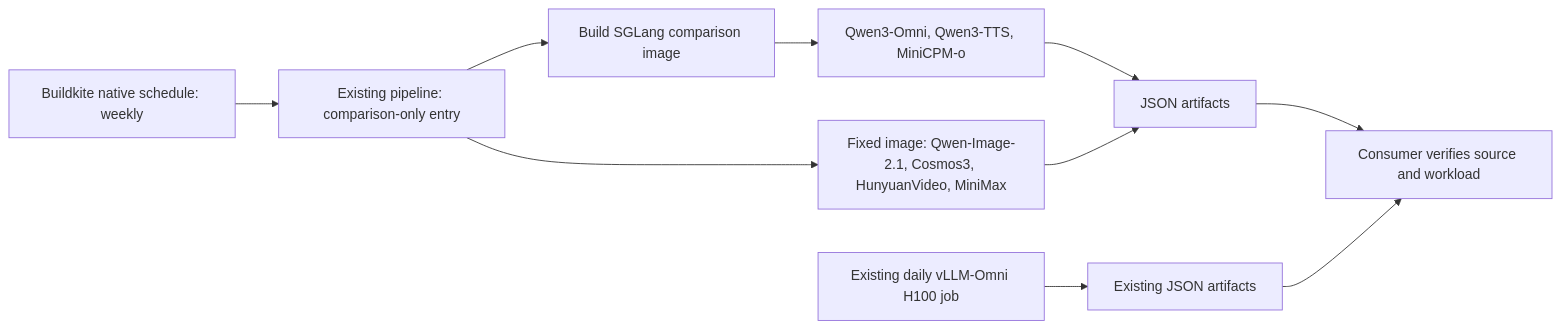
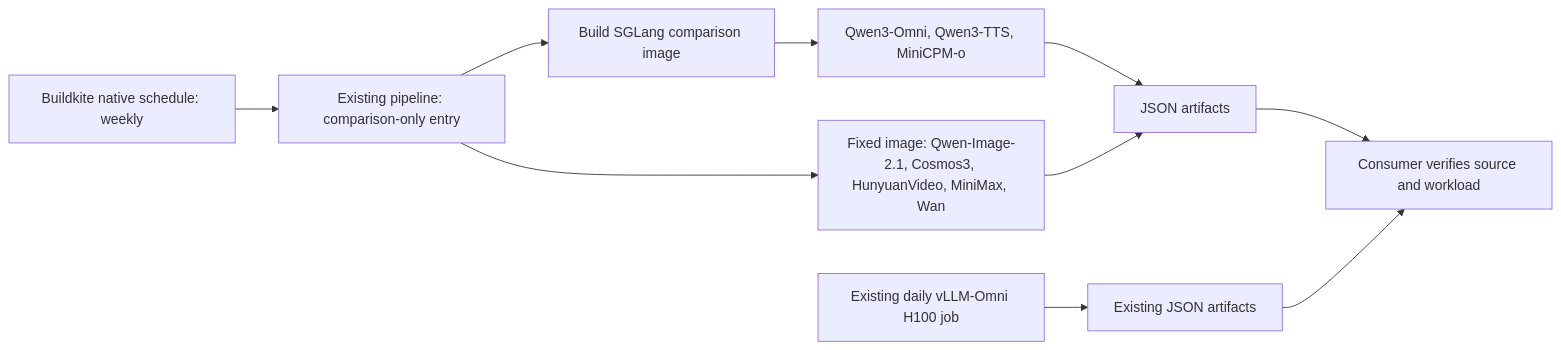
Before and after one commit to vllm-project/vllm-omni: the diagram in docs/contributing/ci/backend_comparison.md, drawn with Mermaid. The commit also changed other lines of this file and 2 other files, not shown here.

Commit message:
[CI/Build] Promote validated Wan comparison to weekly

````diff
--- a/docs/contributing/ci/backend_comparison.md
+++ b/docs/contributing/ci/backend_comparison.md
@@ -9,12 +9,12 @@
 ```mermaid
 flowchart LR
     S[Buildkite native schedule: weekly] --> P[Existing pipeline: comparison-only entry]
     P --> I[Build SGLang comparison image]
     I --> B[Qwen3-Omni, Qwen3-TTS, MiniCPM-o]
-    P --> D[Fixed image: Qwen-Image-2.1, Cosmos3, HunyuanVideo, MiniMax]
+    P --> D[Fixed image: Qwen-Image-2.1, Cosmos3, HunyuanVideo, MiniMax, Wan]
     B --> A[JSON artifacts]
     D --> A
     N[Existing daily vLLM-Omni H100 job] --> V[Existing JSON artifacts]
     A --> C[Consumer verifies source and workload]
     V --> C
 ```
````
